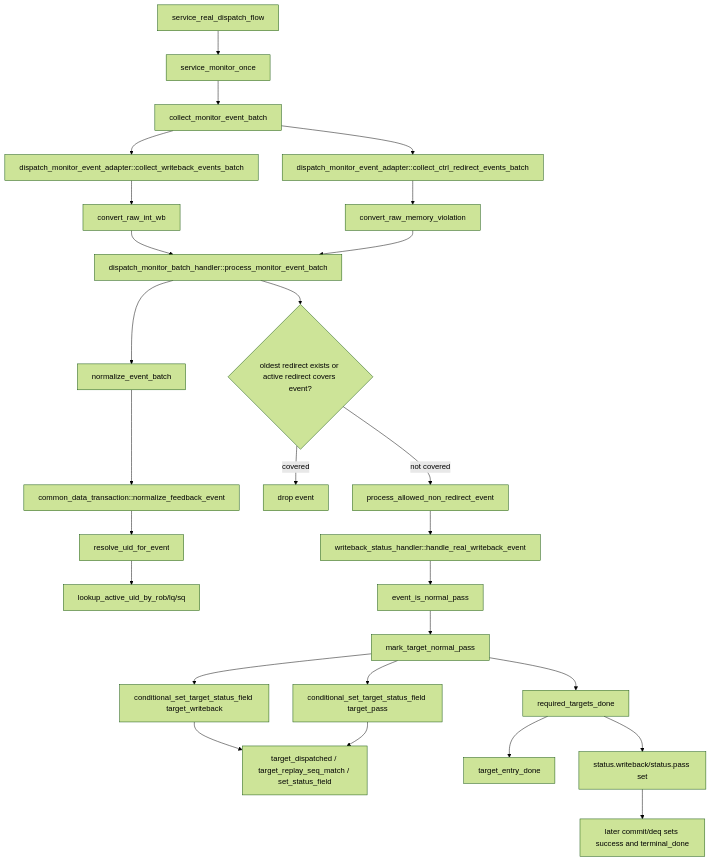
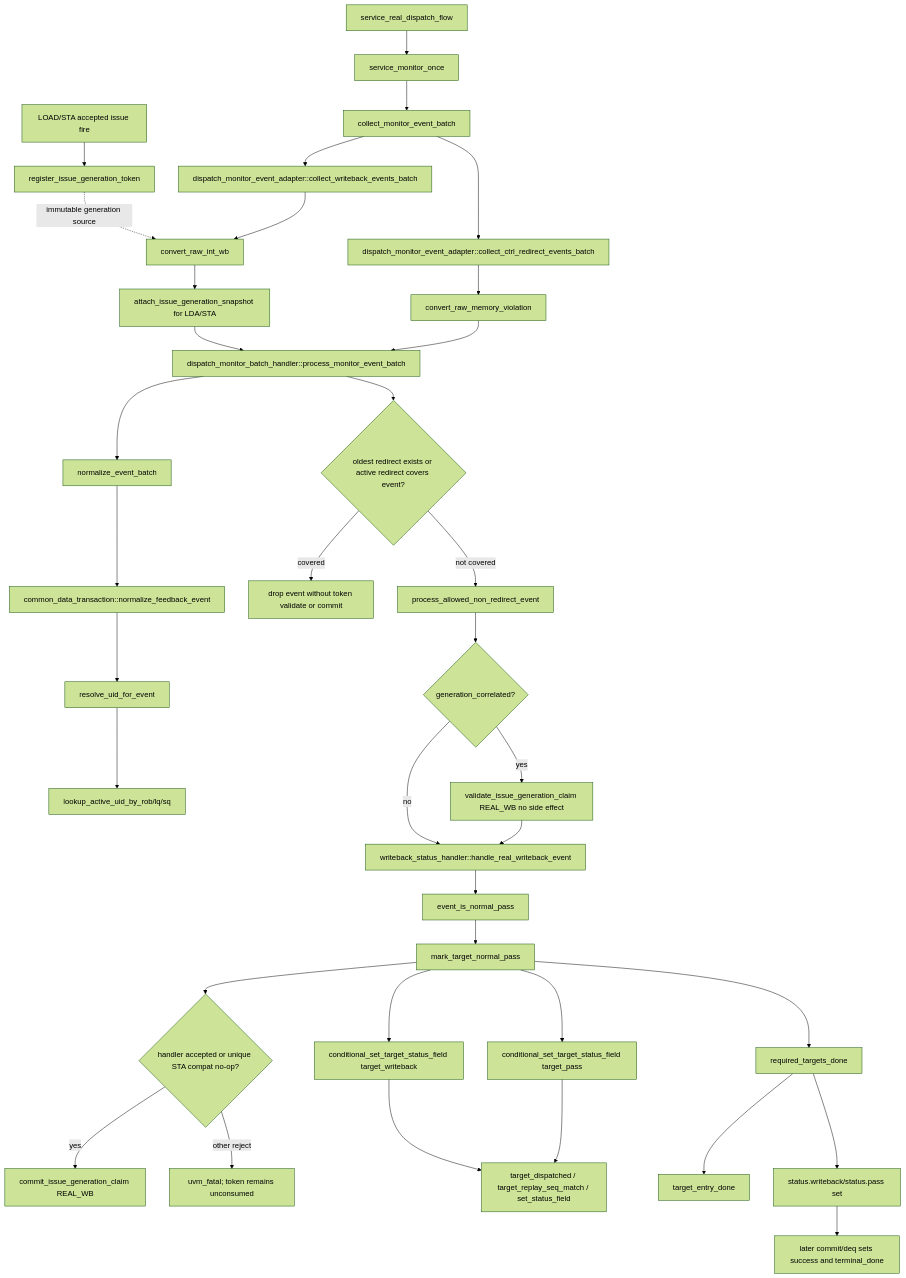
The diagram in AI_DOC/mem_ut_flow_doc/normal_pass_flow.md (OpenXiangShan/XiangShan), drawn with Mermaid (forest theme) before and after one commit. The commit also changed other lines of this file and 45 other files, not shown here.

````diff
--- a/AI_DOC/mem_ut_flow_doc/normal_pass_flow.md
+++ b/AI_DOC/mem_ut_flow_doc/normal_pass_flow.md
@@ -7,29 +13,38 @@
 ```mermaid
 flowchart TD
+    A0[LOAD/STA accepted issue fire] --> A01[register_issue_generation_token]
+    A01 -. immutable generation source .-> E
     A[service_real_dispatch_flow] --> B[service_monitor_once]
     B --> C[collect_monitor_event_batch]
     C --> D[dispatch_monitor_event_adapter::collect_writeback_events_batch]
     C --> D2[dispatch_monitor_event_adapter::collect_ctrl_redirect_events_batch]
     D --> E[convert_raw_int_wb]
+    E --> E1[attach_issue_generation_snapshot for LDA/STA]
     D2 --> E2[convert_raw_memory_violation]
-    E --> F[dispatch_monitor_batch_handler::process_monitor_event_batch]
+    E1 --> F[dispatch_monitor_batch_handler::process_monitor_event_batch]
     E2 --> F
     F --> G[normalize_event_batch]
     G --> H[common_data_transaction::normalize_feedback_event]
     H --> I[resolve_uid_for_event]
     I --> J[lookup_active_uid_by_rob/lq/sq]
     F --> K{oldest redirect exists or active redirect covers event?}
-    K -->|covered| X[drop event]
+    K -->|covered| X[drop event without token validate or commit]
     K -->|not covered| L[process_allowed_non_redirect_event]
-    L --> M[writeback_status_handler::handle_real_writeback_event]
+    L --> L1{generation_correlated?}
+    L1 -->|yes| L2[validate_issue_generation_claim REAL_WB no side effect]
+    L1 -->|no| M
+    L2 --> M[writeback_status_handler::handle_real_writeback_event]
     M --> N[event_is_normal_pass]
     N --> O[mark_target_normal_pass]
+    O --> L3{handler accepted or unique STA compat no-op?}
+    L3 -->|yes| L4[commit_issue_generation_claim REAL_WB]
+    L3 -->|other reject| L5[uvm_fatal; token remains unconsumed]
     O --> P[conditional_set_target_status_field target_writeback]
     O --> Q[conditional_set_target_status_field target_pass]
     P --> R[target_dispatched / target_replay_seq_match / set_status_field]
     Q --> R
     O --> S[required_targets_done]
     S --> T[target_entry_done]
     S --> U[status.writeback/status.pass set]
     U --> V[later commit/deq sets success and terminal_done]
 ```
````
